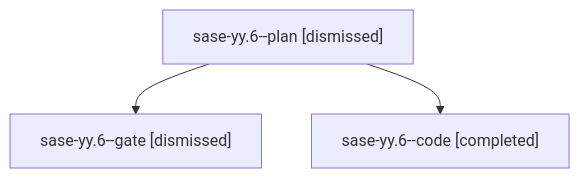
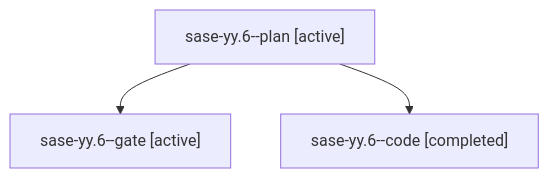
One commit to sase-org/sase--agents changed the diagram in families/bbugyi200.athena.sase-yy.6.md. Above: the diagram before and after it, drawn with Mermaid. The commit also changed other lines of this file and 35830 other files, not shown here.

````diff
--- a/families/bbugyi200.athena.sase-yy.6.md
+++ b/families/bbugyi200.athena.sase-yy.6.md
@@ -9,8 +9,8 @@
 ```mermaid
 flowchart TD
-  n0["sase-yy.6--plan [dismissed]"]
-  n1["sase-yy.6--gate [dismissed]"]
+  n0["sase-yy.6--plan [active]"]
+  n1["sase-yy.6--gate [active]"]
   n0 --> n1
   n2["sase-yy.6--code [completed]"]
   n0 --> n2
 ```
````
